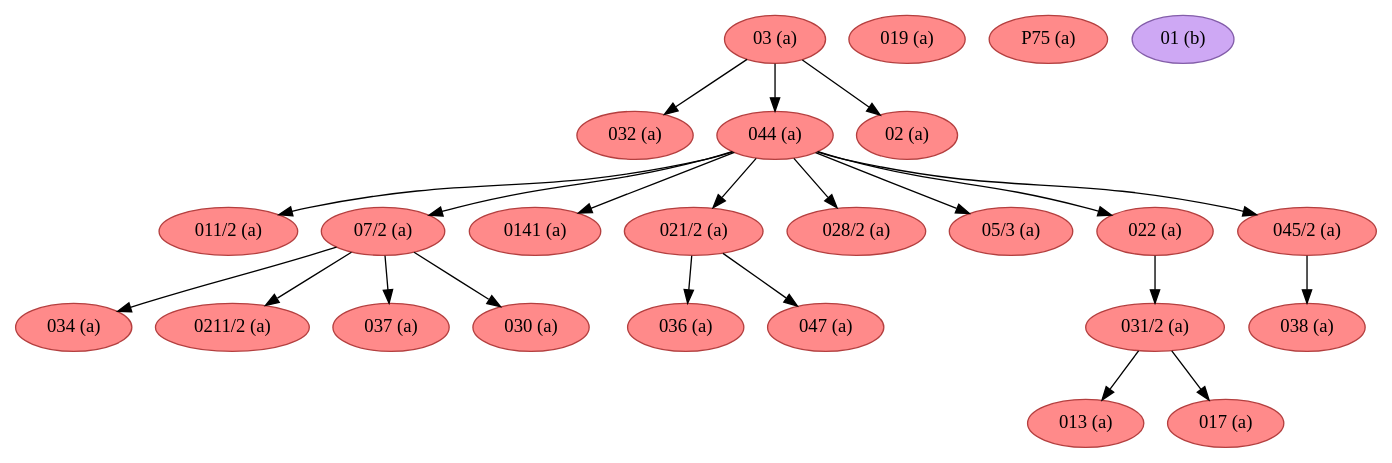
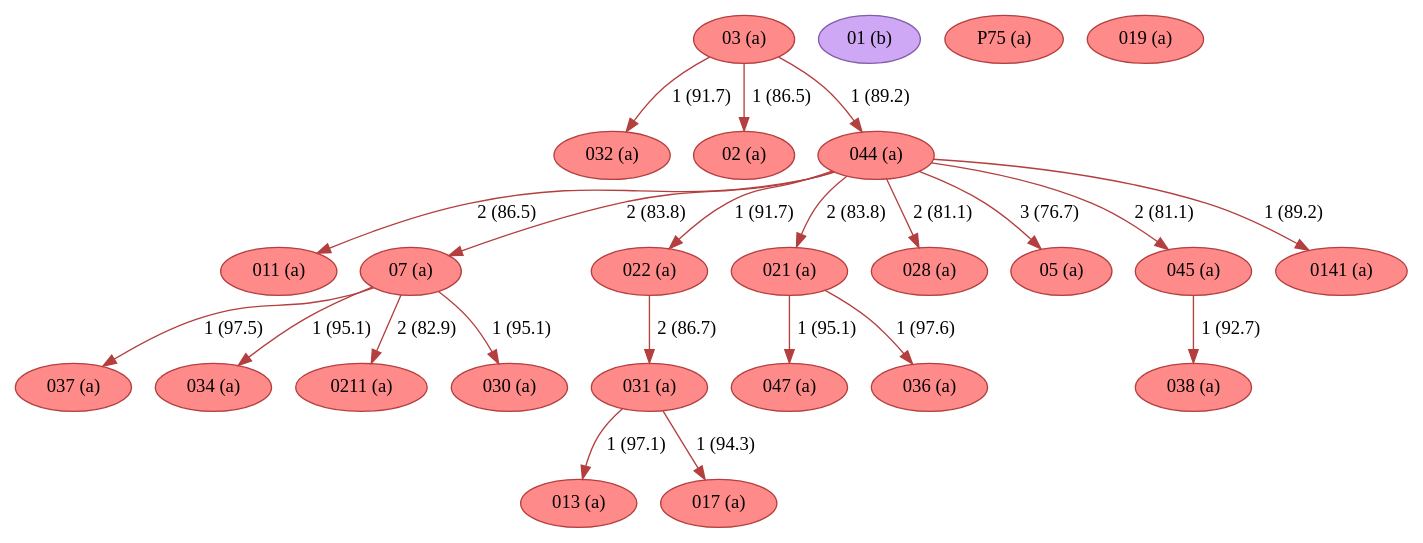
Before and after one commit to edmondac/CBGM: the diagram in example/c499/textual_flow_24_28_c499.dot, drawn with Graphviz. The commit also changed 163 other files, not shown here.

Commit message:
Updated diagrams with new code

```diff
--- a/example/c499/textual_flow_24_28_c499.dot
+++ b/example/c499/textual_flow_24_28_c499.dot
@@ -1,48 +1,48 @@
 strict digraph G {
+"013 (a)" [fillcolor="#FF8A8A", color="#b43f3f", style=filled];
+"01 (b)" [fillcolor="#CEA8F4", color="#835da9", style=filled];
+"011 (a)" [fillcolor="#FF8A8A", color="#b43f3f", style=filled];
+"017 (a)" [fillcolor="#FF8A8A", color="#b43f3f", style=filled];
+"07 (a)" [fillcolor="#FF8A8A", color="#b43f3f", style=filled];
+"032 (a)" [fillcolor="#FF8A8A", color="#b43f3f", style=filled];
+"022 (a)" [fillcolor="#FF8A8A", color="#b43f3f", style=filled];
+"021 (a)" [fillcolor="#FF8A8A", color="#b43f3f", style=filled];
+"028 (a)" [fillcolor="#FF8A8A", color="#b43f3f", style=filled];
+"047 (a)" [fillcolor="#FF8A8A", color="#b43f3f", style=filled];
+"037 (a)" [fillcolor="#FF8A8A", color="#b43f3f", style=filled];
+"05 (a)" [fillcolor="#FF8A8A", color="#b43f3f", style=filled];
+"02 (a)" [fillcolor="#FF8A8A", color="#b43f3f", style=filled];
+"036 (a)" [fillcolor="#FF8A8A", color="#b43f3f", style=filled];
+"045 (a)" [fillcolor="#FF8A8A", color="#b43f3f", style=filled];
+"03 (a)" [fillcolor="#FF8A8A", color="#b43f3f", style=filled];
+"P75 (a)" [fillcolor="#FF8A8A", color="#b43f3f", style=filled];
 "038 (a)" [fillcolor="#FF8A8A", color="#b43f3f", style=filled];
-"032 (a)" [fillcolor="#FF8A8A", color="#b43f3f", style=filled];
-"011/2 (a)" [fillcolor="#FF8A8A", color="#b43f3f", style=filled];
-"013 (a)" [fillcolor="#FF8A8A", color="#b43f3f", style=filled];
-"07/2 (a)" [fillcolor="#FF8A8A", color="#b43f3f", style=filled];
-"03 (a)" [fillcolor="#FF8A8A", color="#b43f3f", style=filled];
+"034 (a)" [fillcolor="#FF8A8A", color="#b43f3f", style=filled];
+"019 (a)" [fillcolor="#FF8A8A", color="#b43f3f", style=filled];
+"0211 (a)" [fillcolor="#FF8A8A", color="#b43f3f", style=filled];
 "044 (a)" [fillcolor="#FF8A8A", color="#b43f3f", style=filled];
 "0141 (a)" [fillcolor="#FF8A8A", color="#b43f3f", style=filled];
-"02 (a)" [fillcolor="#FF8A8A", color="#b43f3f", style=filled];
-"019 (a)" [fillcolor="#FF8A8A", color="#b43f3f", style=filled];
-"P75 (a)" [fillcolor="#FF8A8A", color="#b43f3f", style=filled];
-"021/2 (a)" [fillcolor="#FF8A8A", color="#b43f3f", style=filled];
-"031/2 (a)" [fillcolor="#FF8A8A", color="#b43f3f", style=filled];
-"01 (b)" [fillcolor="#CEA8F4", color="#835da9", style=filled];
-"028/2 (a)" [fillcolor="#FF8A8A", color="#b43f3f", style=filled];
-"034 (a)" [fillcolor="#FF8A8A", color="#b43f3f", style=filled];
-"036 (a)" [fillcolor="#FF8A8A", color="#b43f3f", style=filled];
-"017 (a)" [fillcolor="#FF8A8A", color="#b43f3f", style=filled];
-"047 (a)" [fillcolor="#FF8A8A", color="#b43f3f", style=filled];
-"05/3 (a)" [fillcolor="#FF8A8A", color="#b43f3f", style=filled];
-"022 (a)" [fillcolor="#FF8A8A", color="#b43f3f", style=filled];
-"0211/2 (a)" [fillcolor="#FF8A8A", color="#b43f3f", style=filled];
-"045/2 (a)" [fillcolor="#FF8A8A", color="#b43f3f", style=filled];
-"037 (a)" [fillcolor="#FF8A8A", color="#b43f3f", style=filled];
 "030 (a)" [fillcolor="#FF8A8A", color="#b43f3f", style=filled];
-"07/2 (a)" -> "0211/2 (a)";
-"07/2 (a)" -> "037 (a)";
-"07/2 (a)" -> "030 (a)";
-"07/2 (a)" -> "034 (a)";
-"03 (a)" -> "032 (a)";
-"03 (a)" -> "044 (a)";
-"03 (a)" -> "02 (a)";
-"044 (a)" -> "07/2 (a)";
-"044 (a)" -> "021/2 (a)";
-"044 (a)" -> "028/2 (a)";
-"044 (a)" -> "0141 (a)";
-"044 (a)" -> "011/2 (a)";
-"044 (a)" -> "045/2 (a)";
-"044 (a)" -> "05/3 (a)";
-"044 (a)" -> "022 (a)";
-"021/2 (a)" -> "036 (a)";
-"021/2 (a)" -> "047 (a)";
-"031/2 (a)" -> "017 (a)";
-"031/2 (a)" -> "013 (a)";
-"022 (a)" -> "031/2 (a)";
-"045/2 (a)" -> "038 (a)";
+"031 (a)" [fillcolor="#FF8A8A", color="#b43f3f", style=filled];
+"07 (a)" -> "030 (a)"  [color="#b43f3f", label="1 (95.1)"];
+"07 (a)" -> "034 (a)"  [color="#b43f3f", label="1 (95.1)"];
+"07 (a)" -> "0211 (a)"  [color="#b43f3f", label="2 (82.9)"];
+"07 (a)" -> "037 (a)"  [color="#b43f3f", label="1 (97.5)"];
+"022 (a)" -> "031 (a)"  [color="#b43f3f", label="2 (86.7)"];
+"021 (a)" -> "036 (a)"  [color="#b43f3f", label="1 (97.6)"];
+"021 (a)" -> "047 (a)"  [color="#b43f3f", label="1 (95.1)"];
+"045 (a)" -> "038 (a)"  [color="#b43f3f", label="1 (92.7)"];
+"03 (a)" -> "044 (a)"  [color="#b43f3f", label="1 (89.2)"];
+"03 (a)" -> "032 (a)"  [color="#b43f3f", label="1 (91.7)"];
+"03 (a)" -> "02 (a)"  [color="#b43f3f", label="1 (86.5)"];
+"044 (a)" -> "045 (a)"  [color="#b43f3f", label="2 (81.1)"];
+"044 (a)" -> "011 (a)"  [color="#b43f3f", label="2 (86.5)"];
+"044 (a)" -> "07 (a)"  [color="#b43f3f", label="2 (83.8)"];
+"044 (a)" -> "021 (a)"  [color="#b43f3f", label="2 (83.8)"];
+"044 (a)" -> "028 (a)"  [color="#b43f3f", label="2 (81.1)"];
+"044 (a)" -> "0141 (a)"  [color="#b43f3f", label="1 (89.2)"];
+"044 (a)" -> "05 (a)"  [color="#b43f3f", label="3 (76.7)"];
+"044 (a)" -> "022 (a)"  [color="#b43f3f", label="1 (91.7)"];
+"031 (a)" -> "013 (a)"  [color="#b43f3f", label="1 (97.1)"];
+"031 (a)" -> "017 (a)"  [color="#b43f3f", label="1 (94.3)"];
 }
```
